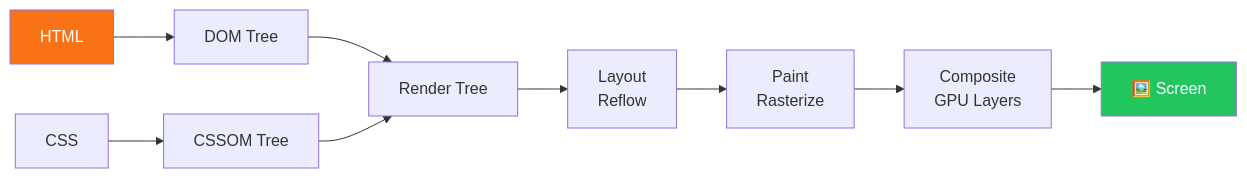
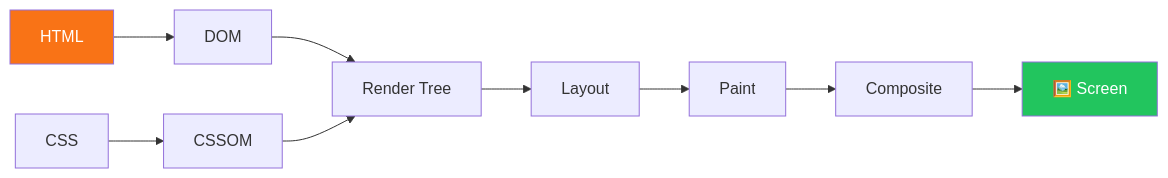
The second of 3 diagrams in README.md (aamitchaudharii/frontend-handbook), drawn with Mermaid before and after one commit. The commit also changed other lines of this file, not shown here.

````diff
--- a/README.md
+++ b/README.md
@@ -334,14 +279,14 @@
 ```mermaid
 flowchart LR
-    A[HTML] --> B[DOM Tree]
-    C[CSS] --> D[CSSOM Tree]
+    A[HTML] --> B[DOM]
+    C[CSS] --> D[CSSOM]
     B --> E[Render Tree]
     D --> E
-    E --> F[Layout\nReflow]
-    F --> G[Paint\nRasterize]
-    G --> H[Composite\nGPU Layers]
+    E --> F[Layout]
+    F --> G[Paint]
+    G --> H[Composite]
     H --> I[🖼️ Screen]
 
     style A fill:#f97316,color:#fff
     style I fill:#22c55e,color:#fff
 ```
````
